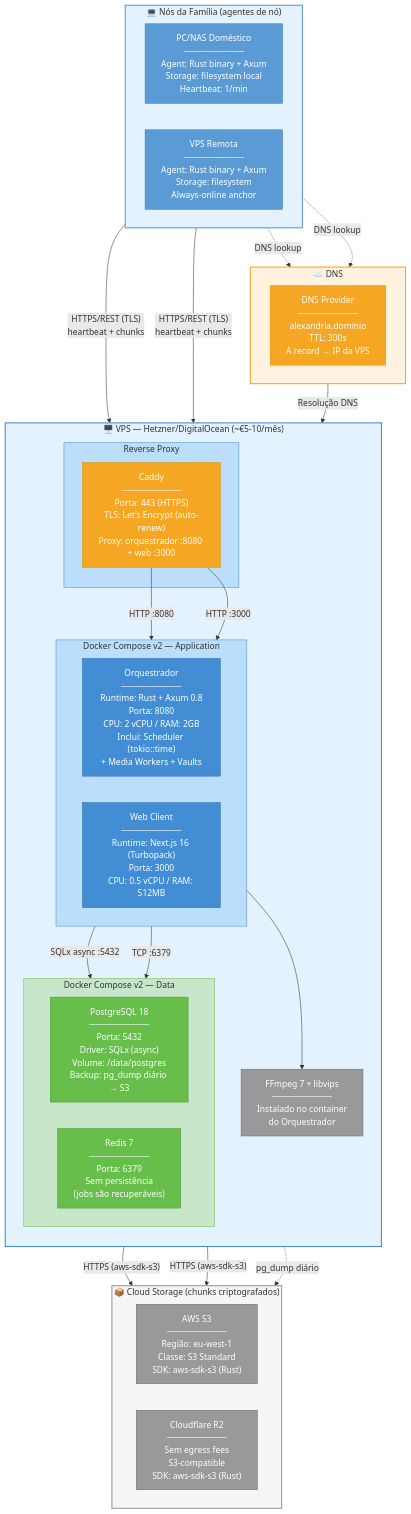
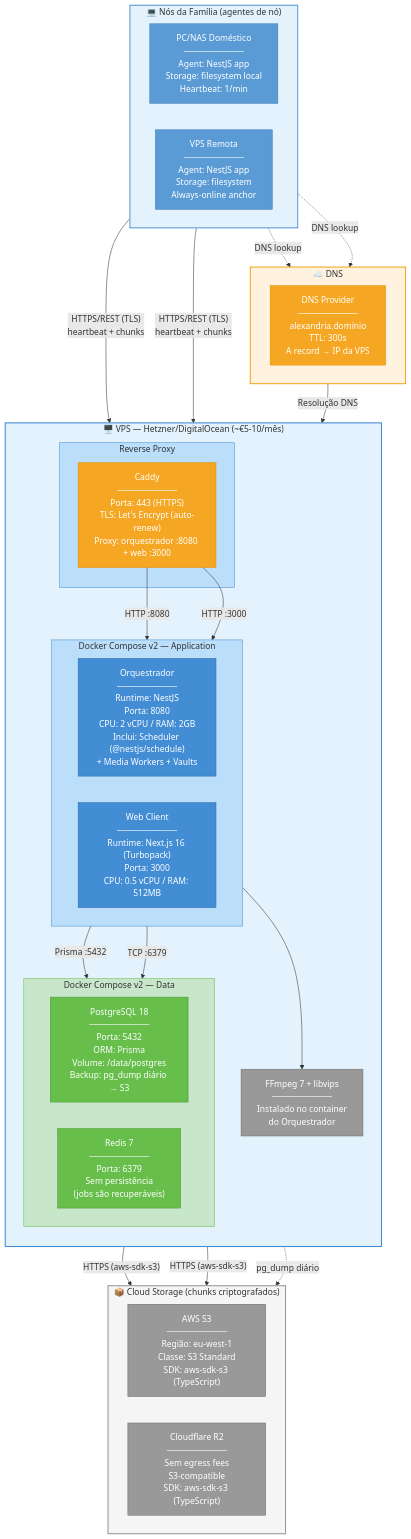
Before and after one commit to DouglasPrado/alexandria: the diagram in docs/diagrams/deployment/production.mmd, drawn with Mermaid. The commit also changed 160 other files, not shown here.

```diff
--- a/docs/diagrams/deployment/production.mmd
+++ b/docs/diagrams/deployment/production.mmd
@@ -1,107 +1,107 @@
 %% ============================================================
 %% Diagrama de Deploy: Produção — Alexandria
 %% Referências: docs/blueprint/06-system_architecture.md
-%% Stack: Rust + Axum 0.8, Next.js 16, PostgreSQL 18, Redis 7
+%% Stack: NestJS, Next.js 16, PostgreSQL 18, Redis 7
 %% ============================================================
 
 graph TB
 
     %% ===========================================================
     %% CAMADA: DNS
     %% ===========================================================
     subgraph DNS_LAYER["☁️ DNS"]
         direction LR
         DNS["DNS Provider<br/>──────────<br/>alexandria.domínio<br/>TTL: 300s<br/>A record → IP da VPS"]
     end
 
     %% ===========================================================
     %% CAMADA: VPS (Servidor Único)
     %% ===========================================================
     subgraph VPS["🖥️ VPS — Hetzner/DigitalOcean (~€5-10/mês)"]
         direction TB
 
         subgraph PROXY["Reverse Proxy"]
             Caddy["Caddy<br/>──────────<br/>Porta: 443 (HTTPS)<br/>TLS: Let's Encrypt (auto-renew)<br/>Proxy: orquestrador :8080 + web :3000"]
         end
 
         subgraph APP_TIER["Docker Compose v2 — Application"]
             direction LR
-            Orchestrator["Orquestrador<br/>──────────<br/>Runtime: Rust + Axum 0.8<br/>Porta: 8080<br/>CPU: 2 vCPU / RAM: 2GB<br/>Inclui: Scheduler (tokio::time)<br/>+ Media Workers + Vaults"]
+            Orchestrator["Orquestrador<br/>──────────<br/>Runtime: NestJS<br/>Porta: 8080<br/>CPU: 2 vCPU / RAM: 2GB<br/>Inclui: Scheduler (@nestjs/schedule)<br/>+ Media Workers + Vaults"]
             WebClient["Web Client<br/>──────────<br/>Runtime: Next.js 16 (Turbopack)<br/>Porta: 3000<br/>CPU: 0.5 vCPU / RAM: 512MB"]
         end
 
         subgraph DATA_TIER["Docker Compose v2 — Data"]
             direction LR
-            DB_PRIMARY["PostgreSQL 18<br/>──────────<br/>Porta: 5432<br/>Driver: SQLx (async)<br/>Volume: /data/postgres<br/>Backup: pg_dump diário → S3"]
+            DB_PRIMARY["PostgreSQL 18<br/>──────────<br/>Porta: 5432<br/>ORM: Prisma<br/>Volume: /data/postgres<br/>Backup: pg_dump diário → S3"]
             Redis_P["Redis 7<br/>──────────<br/>Porta: 6379<br/>Sem persistência<br/>(jobs são recuperáveis)"]
         end
 
         FFmpeg_D["FFmpeg 7 + libvips<br/>──────────<br/>Instalado no container<br/>do Orquestrador"]
     end
 
     %% ===========================================================
     %% CAMADA: Storage Cloud
     %% ===========================================================
     subgraph CLOUD_STORAGE["📦 Cloud Storage (chunks criptografados)"]
         direction LR
-        S3_Bucket["AWS S3<br/>──────────<br/>Região: eu-west-1<br/>Classe: S3 Standard<br/>SDK: aws-sdk-s3 (Rust)"]
-        R2_Bucket["Cloudflare R2<br/>──────────<br/>Sem egress fees<br/>S3-compatible<br/>SDK: aws-sdk-s3 (Rust)"]
+        S3_Bucket["AWS S3<br/>──────────<br/>Região: eu-west-1<br/>Classe: S3 Standard<br/>SDK: aws-sdk-s3 (TypeScript)"]
+        R2_Bucket["Cloudflare R2<br/>──────────<br/>Sem egress fees<br/>S3-compatible<br/>SDK: aws-sdk-s3 (TypeScript)"]
     end
 
     %% ===========================================================
     %% CAMADA: Nós da Família
     %% ===========================================================
     subgraph FAMILY_NODES["💻 Nós da Família (agentes de nó)"]
         direction LR
-        PC["PC/NAS Doméstico<br/>──────────<br/>Agent: Rust binary + Axum<br/>Storage: filesystem local<br/>Heartbeat: 1/min"]
-        VPS_Node["VPS Remota<br/>──────────<br/>Agent: Rust binary + Axum<br/>Storage: filesystem<br/>Always-online anchor"]
+        PC["PC/NAS Doméstico<br/>──────────<br/>Agent: NestJS app<br/>Storage: filesystem local<br/>Heartbeat: 1/min"]
+        VPS_Node["VPS Remota<br/>──────────<br/>Agent: NestJS app<br/>Storage: filesystem<br/>Always-online anchor"]
     end
 
     %% ===========================================================
     %% CONEXÕES
     %% ===========================================================
 
     DNS -->|"Resolução DNS"| Caddy
     Caddy -->|"HTTP :8080"| Orchestrator
     Caddy -->|"HTTP :3000"| WebClient
 
-    Orchestrator -->|"SQLx async :5432"| DB_PRIMARY
+    Orchestrator -->|"Prisma :5432"| DB_PRIMARY
     Orchestrator -->|"TCP :6379"| Redis_P
     Orchestrator --> FFmpeg_D
 
     Orchestrator -->|"HTTPS (aws-sdk-s3)"| S3_Bucket
     Orchestrator -->|"HTTPS (aws-sdk-s3)"| R2_Bucket
 
     DB_PRIMARY -.->|"pg_dump diário"| S3_Bucket
 
     PC -->|"HTTPS/REST (TLS)<br/>heartbeat + chunks"| Caddy
     VPS_Node -->|"HTTPS/REST (TLS)<br/>heartbeat + chunks"| Caddy
 
     PC -.->|"DNS lookup"| DNS
     VPS_Node -.->|"DNS lookup"| DNS
 
     %% ===========================================================
     %% ESTILOS
     %% ===========================================================
 
     style DNS_LAYER fill:#FFF3E0,stroke:#F5A623,stroke-width:2px,color:#333
     style DNS fill:#F5A623,stroke:#E09100,color:#fff
 
     style VPS fill:#E3F2FD,stroke:#438DD5,stroke-width:2px,color:#333
     style PROXY fill:#BBDEFB,stroke:#438DD5,stroke-width:1px,color:#333
     style APP_TIER fill:#BBDEFB,stroke:#438DD5,stroke-width:1px,color:#333
     style DATA_TIER fill:#C8E6C9,stroke:#67BE4B,stroke-width:1px,color:#333
     style Caddy fill:#F5A623,stroke:#E09100,color:#fff
     style Orchestrator fill:#438DD5,stroke:#2B6CB0,color:#fff
     style WebClient fill:#438DD5,stroke:#2B6CB0,color:#fff
     style DB_PRIMARY fill:#67BE4B,stroke:#4A9A35,color:#fff
     style Redis_P fill:#67BE4B,stroke:#4A9A35,color:#fff
     style FFmpeg_D fill:#999999,stroke:#6b6b6b,color:#fff
 
     style CLOUD_STORAGE fill:#F5F5F5,stroke:#999999,stroke-width:2px,color:#333
     style S3_Bucket fill:#999999,stroke:#6b6b6b,color:#fff
     style R2_Bucket fill:#999999,stroke:#6b6b6b,color:#fff
 
     style FAMILY_NODES fill:#E3F2FD,stroke:#5a9bd5,stroke-width:2px,color:#333
     style PC fill:#5a9bd5,stroke:#3a7bb5,color:#fff
     style VPS_Node fill:#5a9bd5,stroke:#3a7bb5,color:#fff
```
